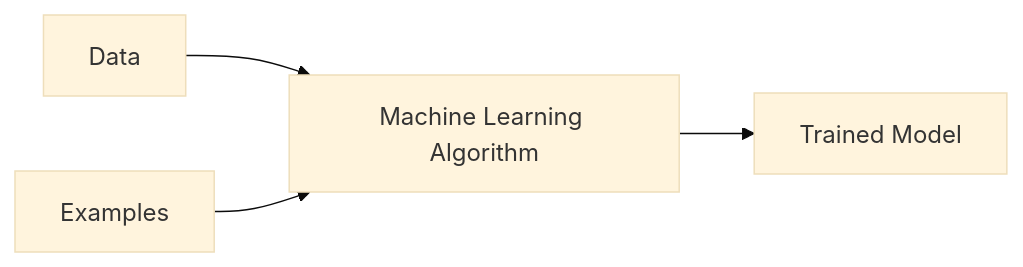
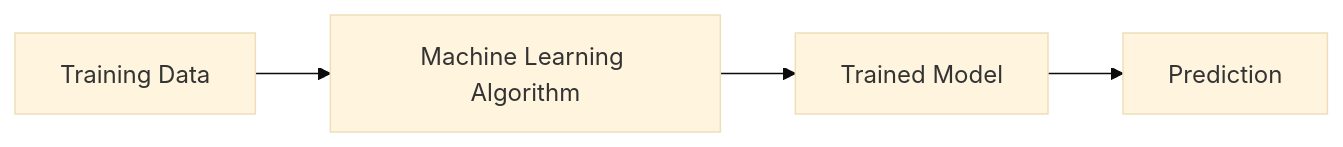
One commit to subramanyamanjegowda/AI-From-Zero-to-Production changed the second of 3 diagrams in docs/01-AI-Fundamentals/02-machine-learning.md. Above: the diagram before and after it, drawn with Mermaid (base theme). The commit also changed other lines of this file, not shown here.

Commit message:
docs(ai): improve machine learning chapter

````diff
--- a/docs/01-AI-Fundamentals/02-machine-learning.md
+++ b/docs/01-AI-Fundamentals/02-machine-learning.md
@@ -24,6 +50,6 @@
 ```mermaid
 flowchart LR
-    A[Data] --> C[Machine Learning Algorithm]
-    B[Examples] --> C
-    C --> D[Trained Model]
+    A[Training Data] --> B[Machine Learning Algorithm]
+    B --> C[Trained Model]
+    C --> D[Prediction]
 ```
````
